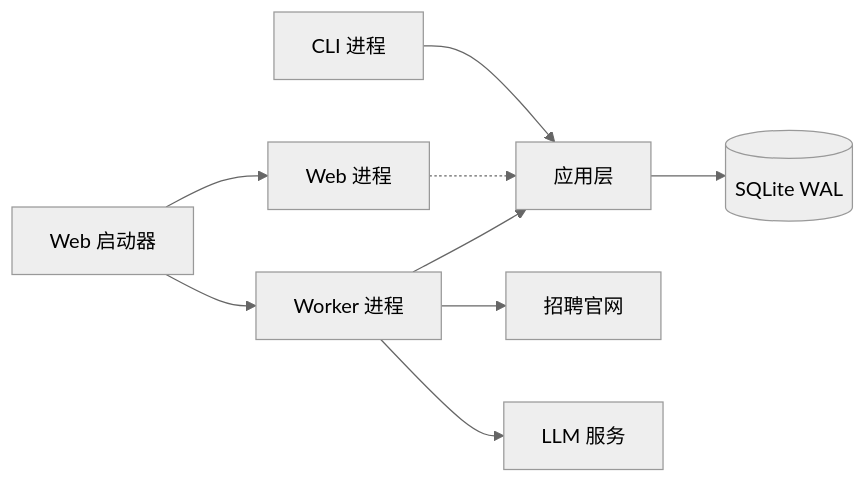
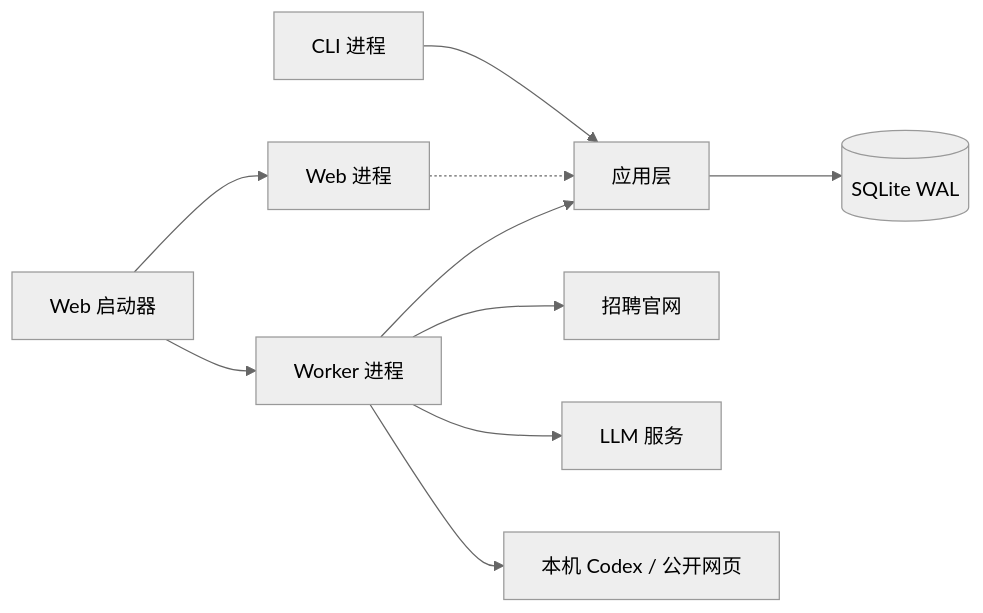
The third of 7 diagrams in docs/arch/overall-arch.md (MonarchMan/JobHunter), drawn with Mermaid (neutral theme) before and after one commit. The commit also changed other lines of this file and 208 other files, not shown here.

First line of the commit message:
refactor: simplify database schema and remove redundant job storage tables

````diff
--- a/docs/arch/overall-arch.md
+++ b/docs/arch/overall-arch.md
@@ -312,11 +315,12 @@
 ```mermaid
 flowchart LR
     CLI["CLI 进程"] --> APP["应用层"]
     LAUNCHER["Web 启动器"] --> WEB["Web 进程"]
     LAUNCHER --> WORKER
     WEB -.-> APP
     WORKER["Worker 进程"] --> APP
     APP --> DB[("SQLite WAL")]
     WORKER --> SITE["招聘官网"]
     WORKER --> MODEL["LLM 服务"]
+    WORKER --> RESEARCH["本机 Codex / 公开网页"]
 ```
````
